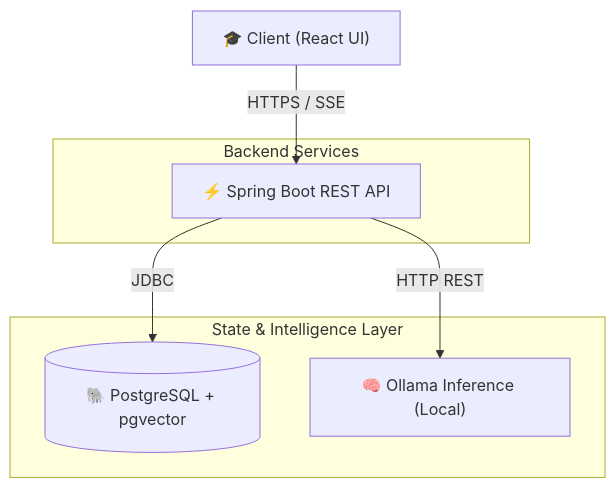
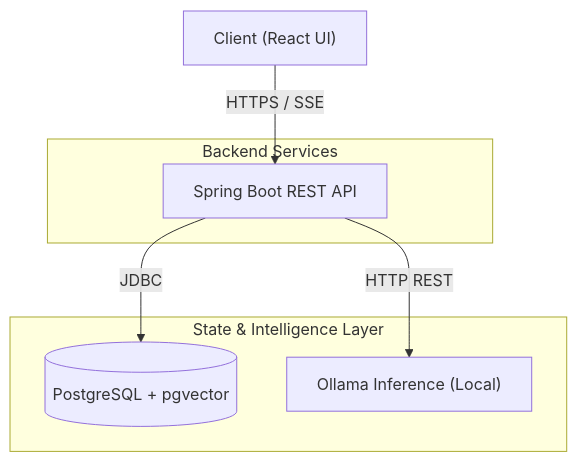
One commit to ShivamRaj9188/CampusGPT changed the first of 2 diagrams in README.md. Above: the diagram before and after it, drawn with Mermaid.

Commit message:
docs(fix): remove emojis from mermaid diagrams

````diff
--- a/README.md
+++ b/README.md
@@ -17,20 +17,20 @@
 ```mermaid
 graph TD
-    Client["🎓 Client (React UI)"]
-    API["⚡ Spring Boot REST API"]
-    DB[("🐘 PostgreSQL + pgvector")]
-    LLM["🧠 Ollama Inference (Local)"]
+    Client["Client (React UI)"]
+    API["Spring Boot REST API"]
+    DB[("PostgreSQL + pgvector")]
+    LLM["Ollama Inference (Local)"]
 
     Client -- "HTTPS / SSE" --> API
     API -- "JDBC" --> DB
     API -- "HTTP REST" --> LLM
     
     subgraph "Backend Services"
         API
     end
     
     subgraph "State & Intelligence Layer"
         DB
         LLM
     end
 ```
````
